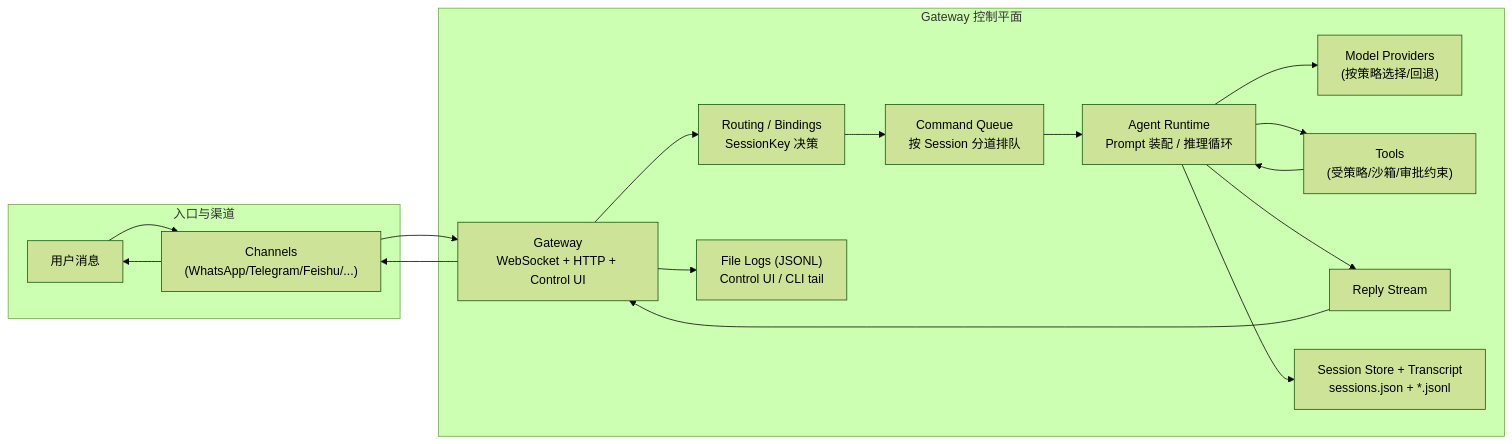
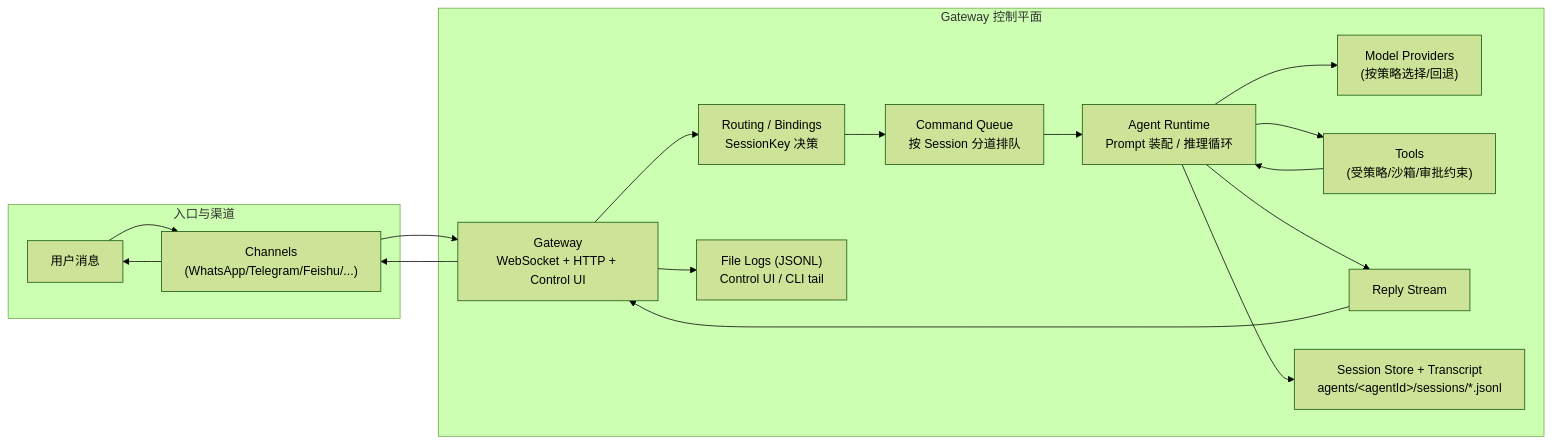
One commit to yeasy/openclaw_guide changed the second of 2 diagrams in 10_agent_loop/10.1_request_lifecycle.md. Above: the diagram before and after it, drawn with Mermaid (forest theme). The commit also changed other lines of this file and 53 other files, not shown here.

````diff
--- a/10_agent_loop/10.1_request_lifecycle.md
+++ b/10_agent_loop/10.1_request_lifecycle.md
@@ -73,21 +73,21 @@
 ```mermaid
 flowchart LR
   subgraph Inbound["入口与渠道"]
     U["用户消息"] --> CH["Channels<br/>(WhatsApp/Telegram/Feishu/...)"]
   end
 
   subgraph GatewayProcess["Gateway 控制平面"]
     CH --> GW["Gateway<br/>WebSocket + HTTP + Control UI"]
     GW --> ROUTE["Routing / Bindings<br/>SessionKey 决策"]
     ROUTE --> QUEUE["Command Queue<br/>按 Session 分道排队"]
     QUEUE --> RUN["Agent Runtime<br/>Prompt 装配 / 推理循环"]
     RUN --> MODEL["Model Providers<br/>(按策略选择/回退)"]
     RUN --> TOOL["Tools<br/>(受策略/沙箱/审批约束)"]
     RUN --> OUT["Reply Stream"]
-    RUN --> STORE["Session Store + Transcript<br/>sessions.json + *.jsonl"]
+    RUN --> STORE["Session Store + Transcript<br/>agents/&lt;agentId&gt;/sessions/*.jsonl"]
     GW --> LOGS["File Logs (JSONL)<br/>Control UI / CLI tail"]
   end
 
   OUT --> GW --> CH --> U
   TOOL --> RUN
 ```
````
